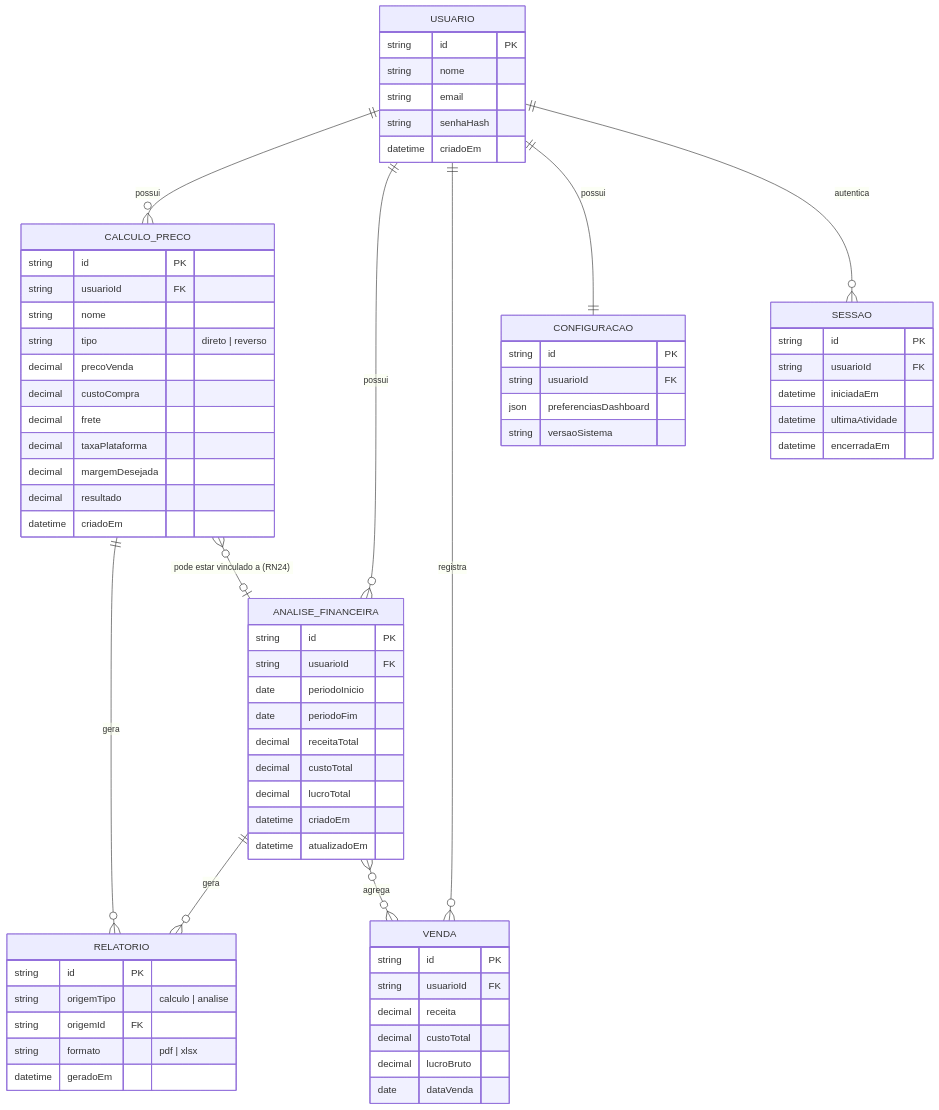
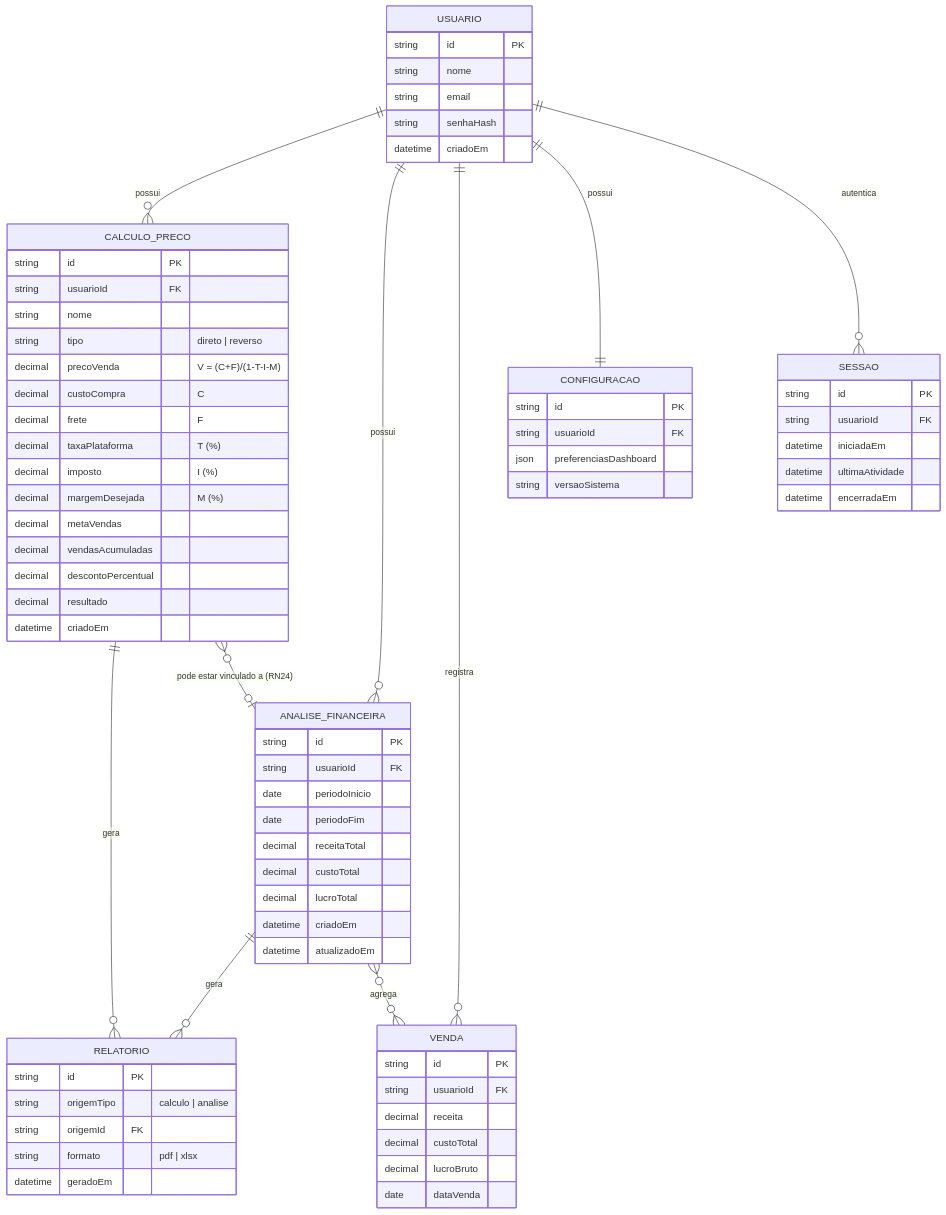
The diagram in docs/modelo-de-dados-mer.md (arianearchanjo/loja-automotiva), drawn with Mermaid before and after one commit. The commit also changed other lines of this file and 16 other files, not shown here.

First line of the commit message:
Calcula preco de venda pela margem em vez de pedir ao usuario

````diff
--- a/docs/modelo-de-dados-mer.md
+++ b/docs/modelo-de-dados-mer.md
@@ -14,78 +14,82 @@
 ```mermaid
 erDiagram
     USUARIO ||--o{ CALCULO_PRECO : possui
     USUARIO ||--o{ ANALISE_FINANCEIRA : possui
     USUARIO ||--o{ VENDA : registra
     USUARIO ||--|| CONFIGURACAO : possui
     USUARIO ||--o{ SESSAO : autentica
     CALCULO_PRECO ||--o{ RELATORIO : gera
     ANALISE_FINANCEIRA ||--o{ RELATORIO : gera
     ANALISE_FINANCEIRA }o--o{ VENDA : agrega
     CALCULO_PRECO }o--o| ANALISE_FINANCEIRA : "pode estar vinculado a (RN24)"
 
     USUARIO {
         string id PK
         string nome
         string email
         string senhaHash
         datetime criadoEm
     }
 
     SESSAO {
         string id PK
         string usuarioId FK
         datetime iniciadaEm
         datetime ultimaAtividade
         datetime encerradaEm
     }
 
     CALCULO_PRECO {
         string id PK
         string usuarioId FK
         string nome
         string tipo "direto | reverso"
-        decimal precoVenda
-        decimal custoCompra
-        decimal frete
-        decimal taxaPlataforma
-        decimal margemDesejada
+        decimal precoVenda "V = (C+F)/(1-T-I-M)"
+        decimal custoCompra "C"
+        decimal frete "F"
+        decimal taxaPlataforma "T (%)"
+        decimal imposto "I (%)"
+        decimal margemDesejada "M (%)"
+        decimal metaVendas
+        decimal vendasAcumuladas
+        decimal descontoPercentual
         decimal resultado
         datetime criadoEm
     }
 
     VENDA {
         string id PK
         string usuarioId FK
         decimal receita
         decimal custoTotal
         decimal lucroBruto
         date dataVenda
     }
 
     ANALISE_FINANCEIRA {
         string id PK
         string usuarioId FK
         date periodoInicio
         date periodoFim
         decimal receitaTotal
         decimal custoTotal
         decimal lucroTotal
         datetime criadoEm
         datetime atualizadoEm
     }
 
     RELATORIO {
         string id PK
         string origemTipo "calculo | analise"
         string origemId FK
         string formato "pdf | xlsx"
         datetime geradoEm
     }
 
     CONFIGURACAO {
         string id PK
         string usuarioId FK
         json preferenciasDashboard
         string versaoSistema
     }
 ```
````
